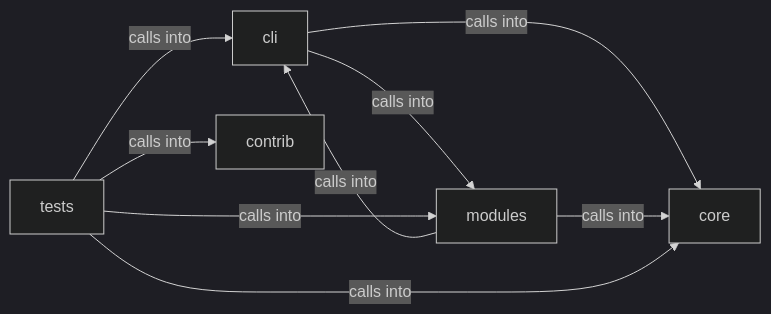
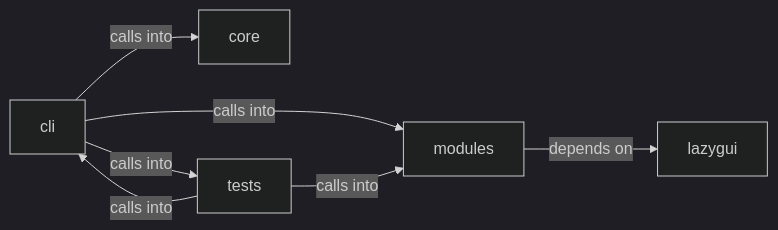
Before and after one commit to grisuno/LazyOwn: the diagram in readmenator-diagrams/modules_world_model.md, drawn with Mermaid (dark theme). The commit also changed other lines of this file and 424 other files, not shown here.

````diff
--- a/readmenator-diagrams/modules_world_model.md
+++ b/readmenator-diagrams/modules_world_model.md
@@ -5,16 +5,14 @@
 ```mermaid
 graph LR
     cli["cli"]
-    contrib["contrib"]
     core["core"]
+    lazygui["lazygui"]
     modules["modules"]
     tests["tests"]
     cli -- "calls into" --> core
     cli -- "calls into" --> modules
-    modules -- "calls into" --> cli
-    modules -- "calls into" --> core
+    cli -- "calls into" --> tests
+    modules -- "depends on" --> lazygui
     tests -- "calls into" --> cli
-    tests -- "calls into" --> contrib
-    tests -- "calls into" --> core
     tests -- "calls into" --> modules
 ```
````
